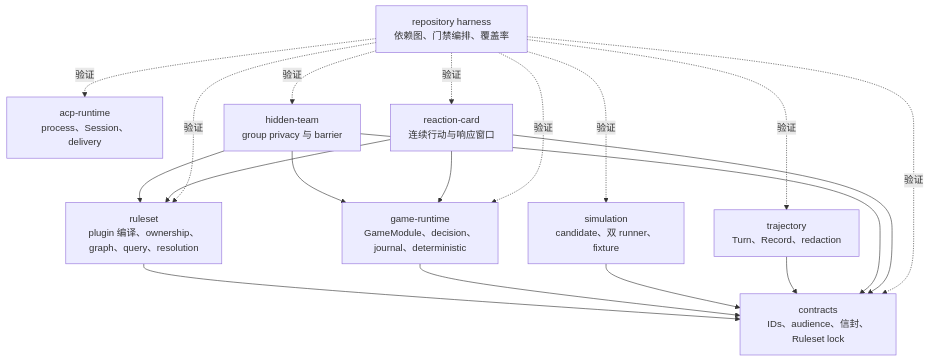
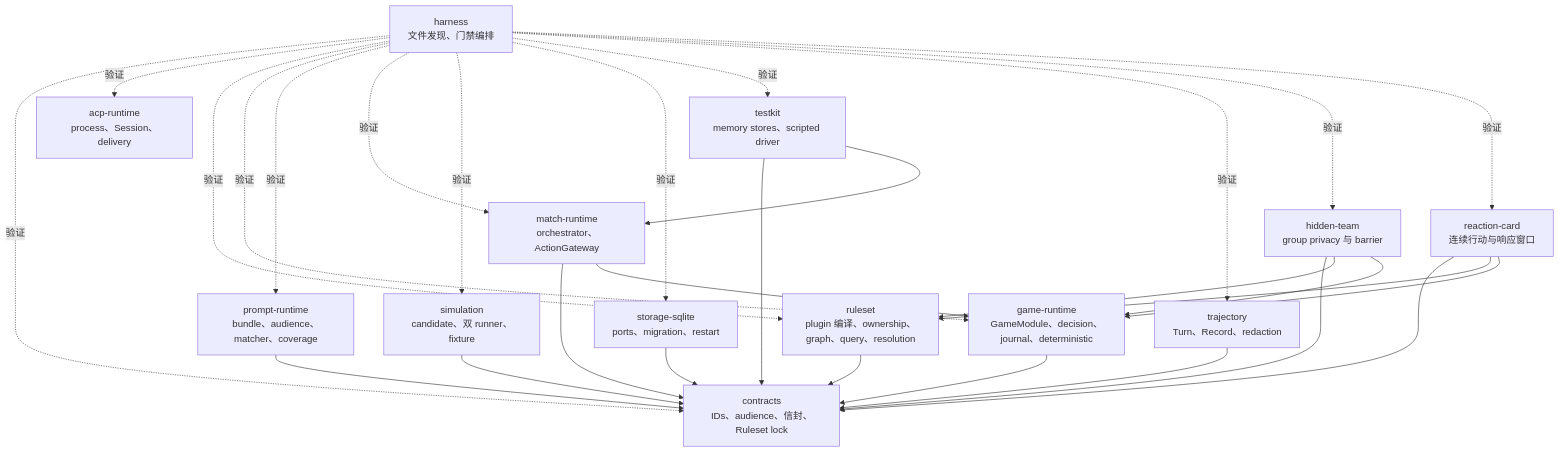
One commit to renewboy/agent-arena-core changed the first of 3 diagrams in docs/architecture.md. Above: the diagram before and after it, drawn with Mermaid. The commit also changed other lines of this file and 54 other files, not shown here.

````diff
--- a/docs/architecture.md
+++ b/docs/architecture.md
@@ -25,31 +31,45 @@
 ```mermaid
 flowchart TB
     ACP["acp-runtime<br/>process、Session、delivery"]
     Contracts["contracts<br/>IDs、audience、信封、Ruleset lock"]
     Ruleset["ruleset<br/>plugin 编译、ownership、graph、query、resolution"]
     Runtime["game-runtime<br/>GameModule、decision、journal、deterministic"]
+    Prompt["prompt-runtime<br/>bundle、audience、matcher、coverage"]
+    Match["match-runtime<br/>orchestrator、ActionGateway"]
     Simulation["simulation<br/>candidate、双 runner、fixture"]
+    Storage["storage-sqlite<br/>ports、migration、restart"]
     Trajectory["trajectory<br/>Turn、Record、redaction"]
+    Testkit["testkit<br/>memory stores、scripted driver"]
     Hidden["hidden-team<br/>group privacy 与 barrier"]
     Card["reaction-card<br/>连续行动与响应窗口"]
-    Harness["repository harness<br/>依赖图、门禁编排、覆盖率"]
+    Harness["harness<br/>文件发现、门禁编排"]
 
     Ruleset --> Contracts
     Runtime --> Contracts
+    Prompt --> Contracts
+    Match --> Contracts
+    Match --> Runtime
     Simulation --> Contracts
+    Storage --> Contracts
     Trajectory --> Contracts
+    Testkit --> Contracts
+    Testkit --> Match
     Hidden --> Contracts
     Hidden --> Ruleset
     Hidden --> Runtime
     Card --> Contracts
     Card --> Ruleset
     Card --> Runtime
     Harness -.验证.-> Contracts
     Harness -.验证.-> ACP
     Harness -.验证.-> Ruleset
     Harness -.验证.-> Runtime
+    Harness -.验证.-> Prompt
+    Harness -.验证.-> Match
     Harness -.验证.-> Simulation
+    Harness -.验证.-> Storage
+    Harness -.验证.-> Testkit
     Harness -.验证.-> Trajectory
     Harness -.验证.-> Hidden
     Harness -.验证.-> Card
 ```
````
